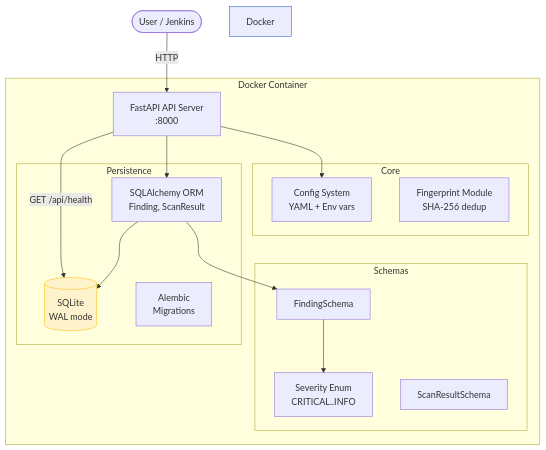
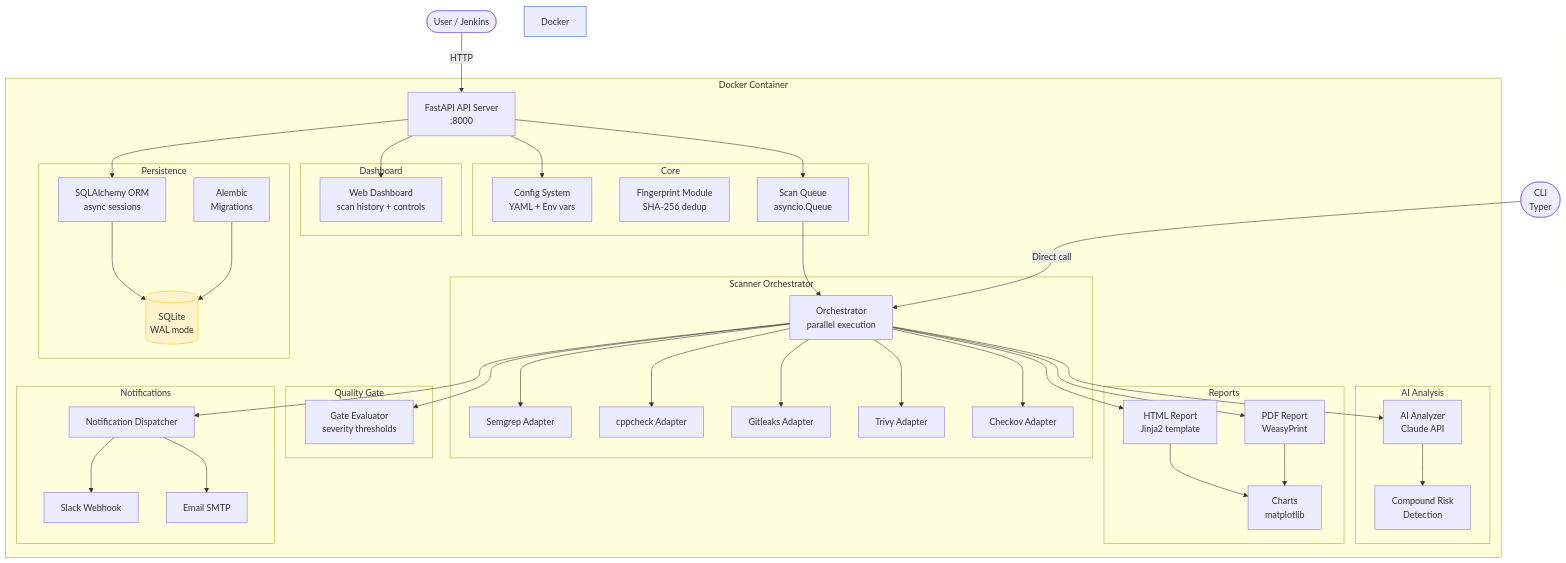
The first of 2 diagrams in docs/en/architecture.md (AlexTalorJr/source-code-security-ai-checker), drawn with Mermaid before and after one commit. The commit also changed other lines of this file and 9 other files, not shown here.

````diff
--- a/docs/en/architecture.md
+++ b/docs/en/architecture.md
@@ -11,31 +9,81 @@
 ```mermaid
 graph TB
     subgraph Docker Container
         API[FastAPI API Server<br/>:8000]
+
         subgraph Core
             CFG[Config System<br/>YAML + Env vars]
             FP[Fingerprint Module<br/>SHA-256 dedup]
+            QUEUE[Scan Queue<br/>asyncio.Queue]
         end
-        subgraph Schemas
-            SEV[Severity Enum<br/>CRITICAL..INFO]
-            FS[FindingSchema]
-            SS[ScanResultSchema]
+
+        subgraph Scanner Orchestrator
+            ORCH[Orchestrator<br/>parallel execution]
+            SEM[Semgrep Adapter]
+            CPP[cppcheck Adapter]
+            GLK[Gitleaks Adapter]
+            TRV[Trivy Adapter]
+            CHK[Checkov Adapter]
         end
+
+        subgraph AI Analysis
+            AI[AI Analyzer<br/>Claude API]
+            CR[Compound Risk<br/>Detection]
+        end
+
+        subgraph Reports
+            HTML[HTML Report<br/>Jinja2 template]
+            PDF[PDF Report<br/>WeasyPrint]
+            CHARTS[Charts<br/>matplotlib]
+        end
+
+        subgraph Quality Gate
+            GATE[Gate Evaluator<br/>severity thresholds]
+        end
+
+        subgraph Dashboard
+            DASH[Web Dashboard<br/>scan history + controls]
+        end
+
+        subgraph Notifications
+            NOTIF[Notification Dispatcher]
+            SLACK[Slack Webhook]
+            EMAIL[Email SMTP]
+        end
+
         subgraph Persistence
-            ORM[SQLAlchemy ORM<br/>Finding, ScanResult]
+            ORM[SQLAlchemy ORM<br/>async sessions]
             DB[(SQLite<br/>WAL mode)]
             ALM[Alembic<br/>Migrations]
         end
+
         API --> CFG
+        API --> QUEUE
+        QUEUE --> ORCH
+        ORCH --> SEM
+        ORCH --> CPP
+        ORCH --> GLK
+        ORCH --> TRV
+        ORCH --> CHK
+        ORCH --> AI
+        AI --> CR
+        ORCH --> GATE
+        ORCH --> HTML
+        ORCH --> PDF
+        HTML --> CHARTS
+        PDF --> CHARTS
+        ORCH --> NOTIF
+        NOTIF --> SLACK
+        NOTIF --> EMAIL
+        API --> DASH
         API --> ORM
         ORM --> DB
-        FS --> SEV
-        ORM --> FS
+        ALM --> DB
     end
 
     User([User / Jenkins]) -->|HTTP| API
-    API -->|GET /api/health| DB
+    CLI([CLI<br/>Typer]) -->|Direct call| ORCH
 
     style Docker Container fill:#f0f4ff,stroke:#3366cc
     style DB fill:#fff3cd,stroke:#ffc107
 ```
````
